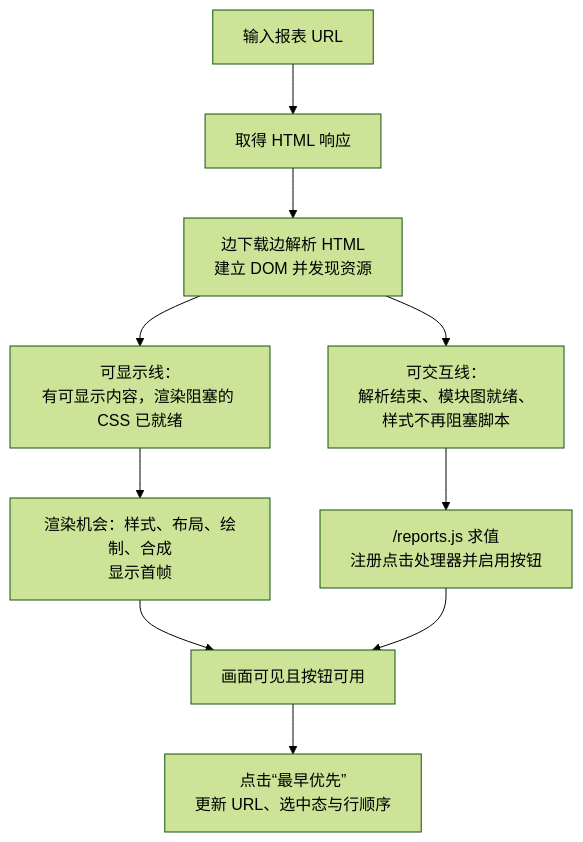
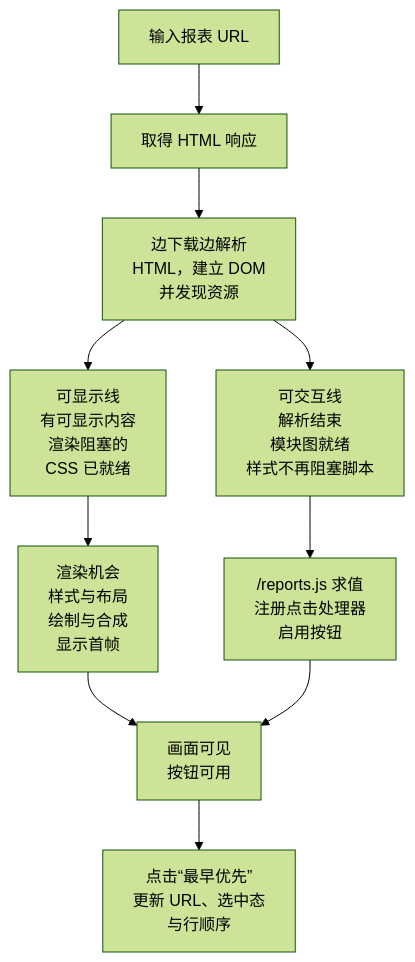
The diagram in frontend/browser/from-url-to-interactive-page.md (Negronii/MyNotes), drawn with Mermaid (forest theme) before and after one commit. The commit also changed other lines of this file and 220 other files, not shown here.

First line of the commit message:
Replace prose-heavy explanations with figures and fix existing diagrams

````diff
--- a/frontend/browser/from-url-to-interactive-page.md
+++ b/frontend/browser/from-url-to-interactive-page.md
@@ -67,12 +67,12 @@
 ```mermaid
 flowchart TD
     A[输入报表 URL] --> B[取得 HTML 响应]
-    B --> C[边下载边解析 HTML<br/>建立 DOM 并发现资源]
-    C --> D[可显示线：<br/>有可显示内容，渲染阻塞的 CSS 已就绪]
-    C --> E[可交互线：<br/>解析结束、模块图就绪、<br/>样式不再阻塞脚本]
-    D --> F[渲染机会：样式、布局、绘制、合成<br/>显示首帧]
-    E --> G["/reports.js 求值<br/>注册点击处理器并启用按钮"]
-    F --> H[画面可见且按钮可用]
+    B --> C[边下载边解析<br/>HTML，建立 DOM<br/>并发现资源]
+    C --> D[可显示线<br/>有可显示内容<br/>渲染阻塞的<br/>CSS 已就绪]
+    C --> E[可交互线<br/>解析结束<br/>模块图就绪<br/>样式不再阻塞脚本]
+    D --> F[渲染机会<br/>样式与布局<br/>绘制与合成<br/>显示首帧]
+    E --> G["/reports.js 求值<br/>注册点击处理器<br/>启用按钮"]
+    F --> H[画面可见<br/>按钮可用]
     G --> H
-    H --> I[点击“最早优先”<br/>更新 URL、选中态与行顺序]
+    H --> I[点击“最早优先”<br/>更新 URL、选中态<br/>与行顺序]
 ```
````
